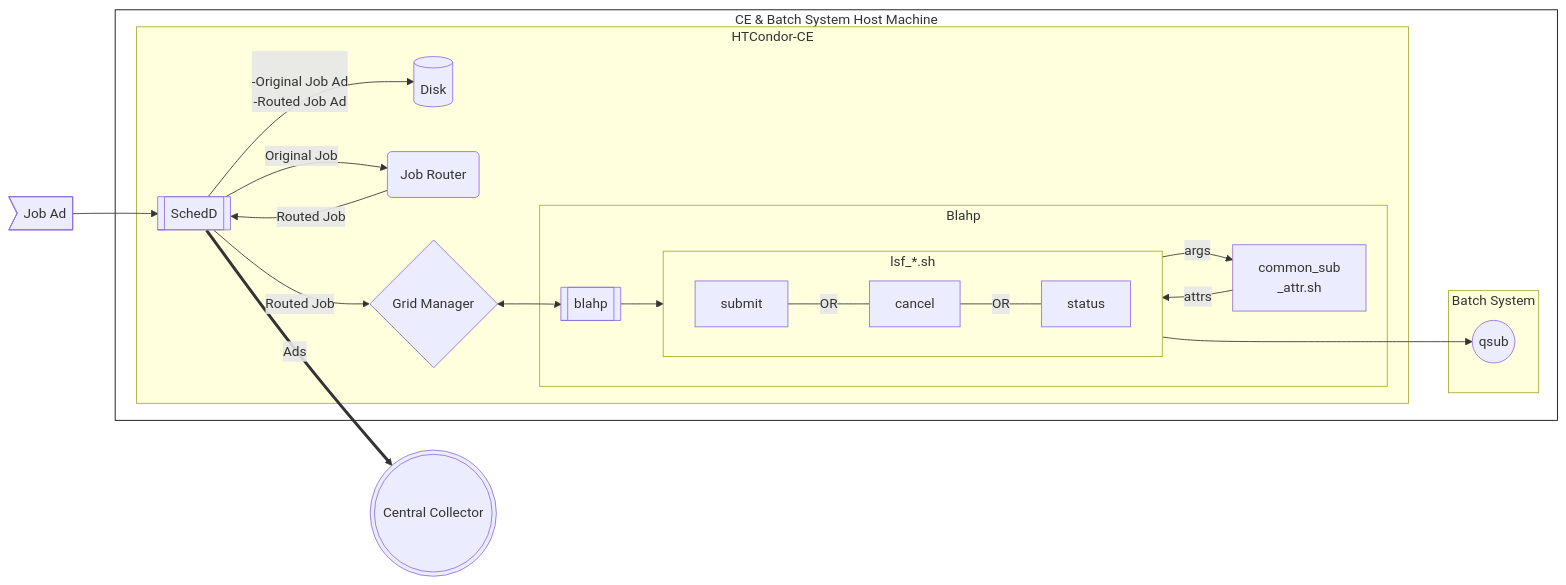
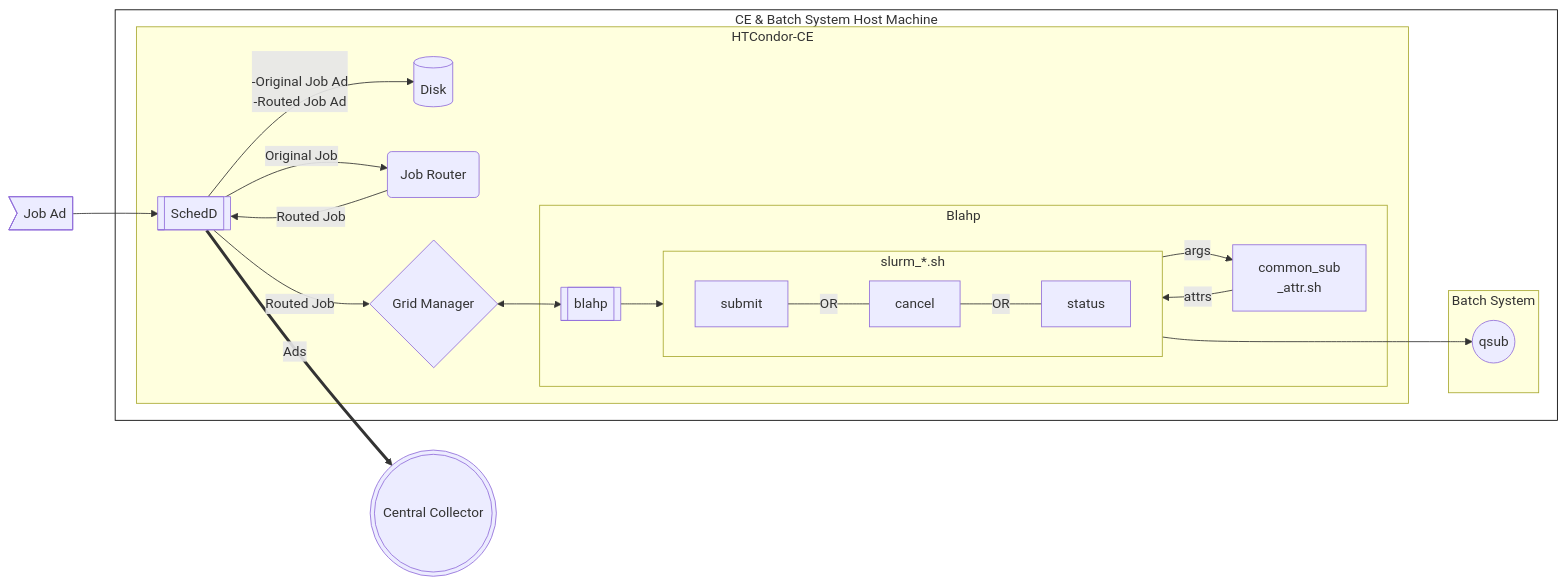
One commit to htcondor/htcondor-ce changed the first of 2 diagrams in README.md. Above: the diagram before and after it, drawn with Mermaid. The commit also changed other lines of this file, not shown here.

Commit message:
INF-1118: Minor grammer and label changes per PR code review

````diff
--- a/README.md
+++ b/README.md
@@ -58,49 +58,49 @@
 ``` mermaid
 flowchart LR
 
 %% ID FORMAT:
 %% - External nodes are numbered (0 - 100)
 %% - Internal nodes are alphabetic (A - Z)
 %% - Nodes within nested subgraphs are
 %%   are labelled by double letters (AA - ZZ)
 %% - All subgraph names are capitalized (Blahp)
 %%   while nodes with the same name are lowercase (blahp)
 subgraph HM[CE & Batch System Host Machine]
     subgraph HTCondor-CE
         %%direction LR %% Flowchart direction statement overrides statements in connected subgraphs; comment these out.
         A[[SchedD]] -- Original Job --> B(Job Router)
         B -- Routed Job --> A
         A -- Routed Job --> C{Grid Manager}
         %% Note: Used 1 to place Disk higher in ordering
         A -- </br>-Original Job Ad</br>-Routed Job Ad --> 1[(Disk)]
         subgraph Blahp
             %%direction LR
             %% Configure nested subgraphs above internal nodes
-            subgraph lsf_*.sh
+            subgraph slurm_*.sh
                 direction LR %% Set direction of isolated subgraphs
                 AA[submit] ---|OR| BB[cancel]
                 BB ---|OR| CC[status]
             end
-            E[[blahp]] --> lsf_*.sh
-            F[common_sub</br>_attr.sh] -->|attrs| lsf_*.sh
-            lsf_*.sh -->|args| F
+            E[[blahp]] --> slurm_*.sh
+            F[common_sub</br>_attr.sh] -->|attrs| slurm_*.sh
+            slurm_*.sh -->|args| F
         end
     end
     subgraph Batch System
         %%direction LR
         G((qsub))
     end
 end
 %% -- External Nodes --
 0>Job Ad]
 %% -- External Nodes --
 %% -- Subgraph Links --
 C <--> E
-lsf_*.sh ---> G
+slurm_*.sh ---> G
 0 --> A
 %% Schedd connects to Global Central Collector
 A == Ads ==> Z(((Central Collector)))
 %% Stylize Outer host machine box
 style HM fill:#FFF,stroke:#000
 %% -- Subgraph Links --
 ```
````
